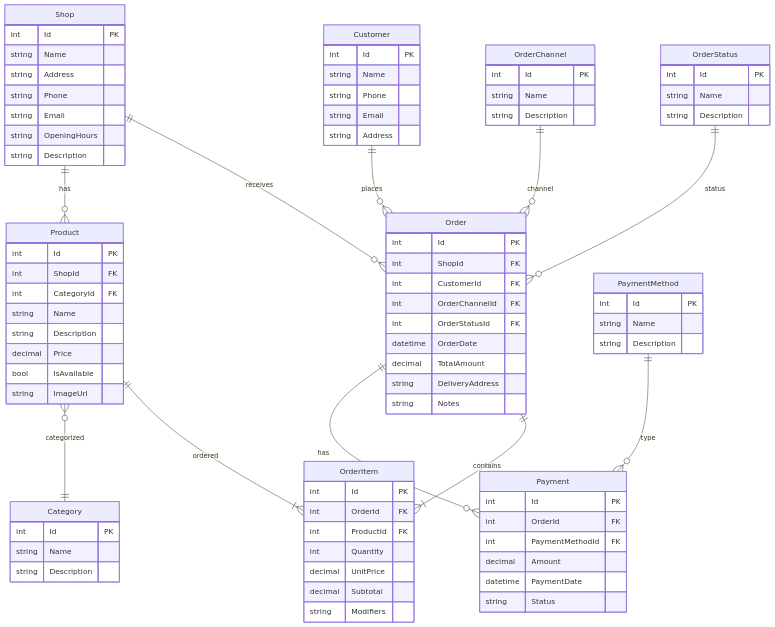
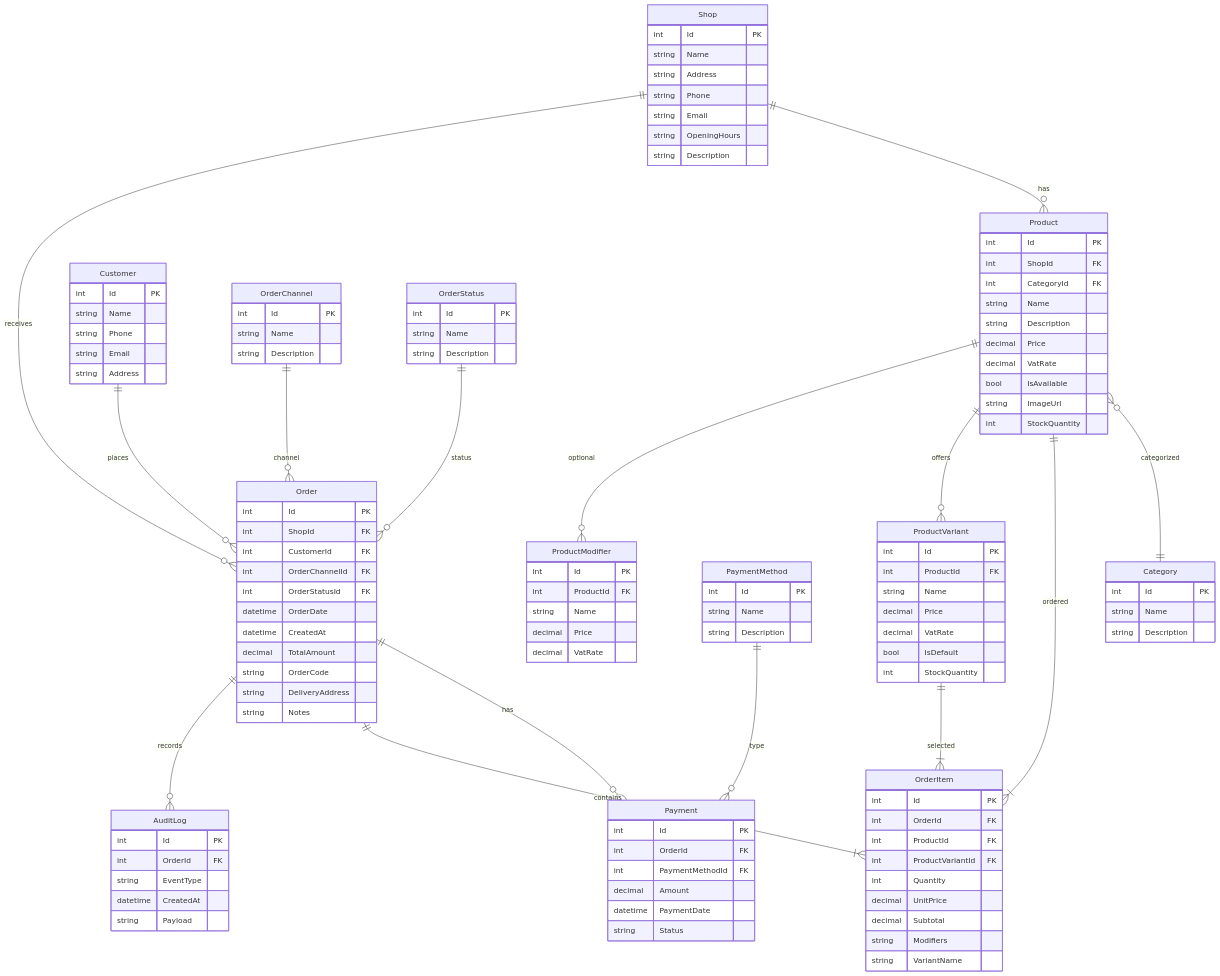
The diagram in docs/domain-model.md (MatteoRigoni/vocal-takeaway-assistant), drawn with Mermaid before and after one commit. The commit also changed 33 other files, not shown here.

````diff
--- a/docs/domain-model.md
+++ b/docs/domain-model.md
@@ -12,6 +12,10 @@
     Order ||--o{ Payment : has
     Order ||--|{ OrderItem : contains
     Product ||--|{ OrderItem : ordered
+    Product ||--o{ ProductVariant : offers
+    Product ||--o{ ProductModifier : optional
+    ProductVariant ||--|{ OrderItem : selected
+    Order ||--o{ AuditLog : records
 
     Shop {
         int Id PK
@@ -36,8 +40,10 @@
         string Name
         string Description
         decimal Price
+        decimal VatRate
         bool IsAvailable
         string ImageUrl
+        int StockQuantity
     }
 
     Customer {
@@ -82,7 +88,9 @@
         int OrderChannelId FK
         int OrderStatusId FK
         datetime OrderDate
+        datetime CreatedAt
         decimal TotalAmount
+        string OrderCode
         string DeliveryAddress
         string Notes
     }
@@ -91,9 +99,37 @@
         int Id PK
         int OrderId FK
         int ProductId FK
+        int ProductVariantId FK
         int Quantity
         decimal UnitPrice
         decimal Subtotal
         string Modifiers
+        string VariantName
+    }
+
+    ProductVariant {
+        int Id PK
+        int ProductId FK
+        string Name
+        decimal Price
+        decimal VatRate
+        bool IsDefault
+        int StockQuantity
+    }
+
+    ProductModifier {
+        int Id PK
+        int ProductId FK
+        string Name
+        decimal Price
+        decimal VatRate
+    }
+
+    AuditLog {
+        int Id PK
+        int OrderId FK
+        string EventType
+        datetime CreatedAt
+        string Payload
     }
 ```
````
